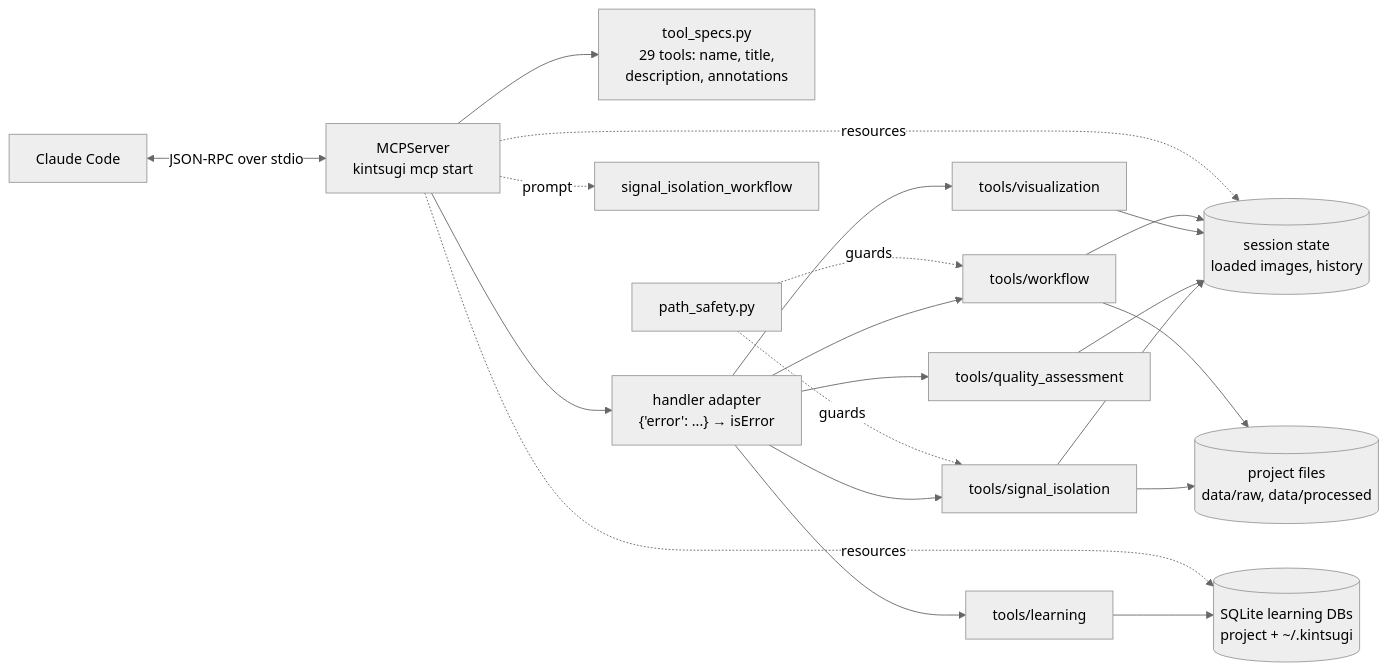
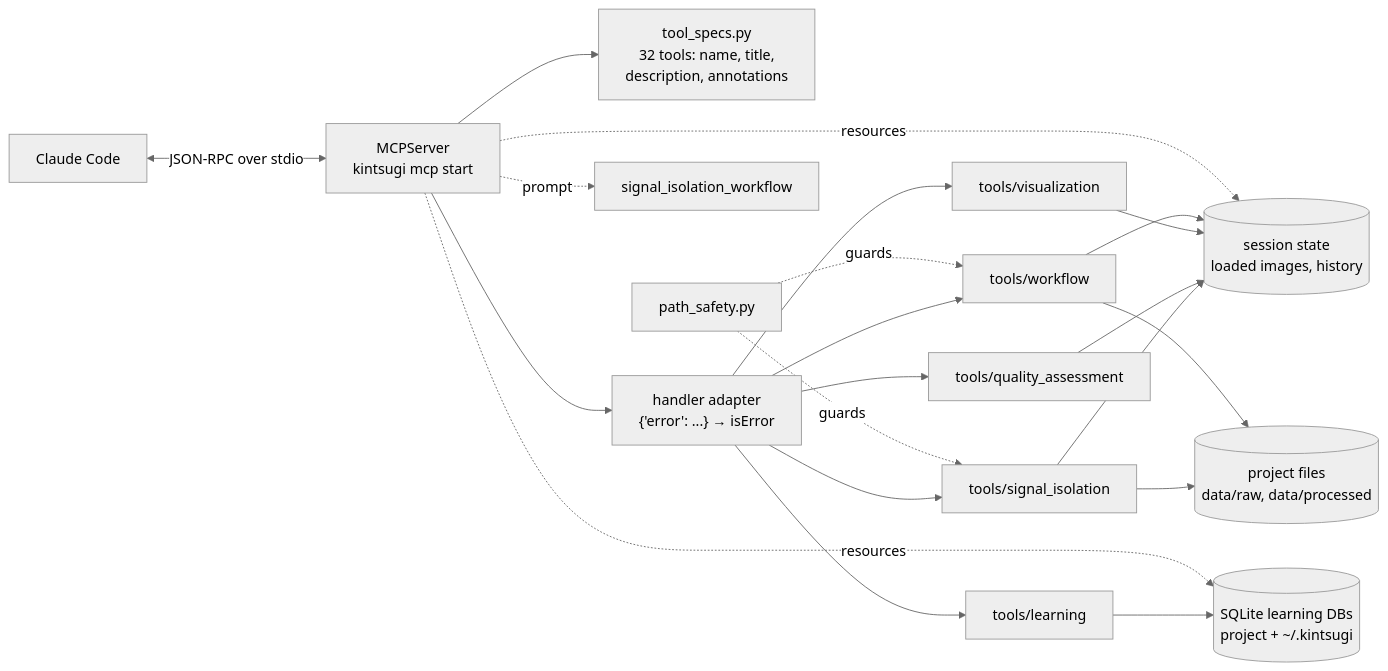
The diagram in docs/mcp.md (smith6jt-cop/KINTSUGI), drawn with Mermaid (neutral theme) before and after one commit. The commit also changed other lines of this file and 17 other files, not shown here.

````diff
--- a/docs/mcp.md
+++ b/docs/mcp.md
@@ -94,18 +94,18 @@
 ```mermaid
 flowchart LR
     CC[Claude Code] <-- "JSON-RPC over stdio" --> S[MCPServer<br/>kintsugi mcp start]
-    S --> R[tool_specs.py<br/>29 tools: name, title,<br/>description, annotations]
+    S --> R[tool_specs.py<br/>32 tools: name, title,<br/>description, annotations]
     S --> ADP["handler adapter<br/>{'error': ...} → isError"]
     ADP --> T1[tools/signal_isolation]
     ADP --> T2[tools/quality_assessment]
     ADP --> T3[tools/visualization]
     ADP --> T4[tools/workflow]
     ADP --> T5[tools/learning]
     T1 & T2 & T3 & T4 --> SS[(session state<br/>loaded images, history)]
     T5 --> DB[(SQLite learning DBs<br/>project + ~/.kintsugi)]
     T1 & T4 --> FS[(project files<br/>data/raw, data/processed)]
     S -. resources .-> SS
     S -. resources .-> DB
     S -. prompt .-> P[signal_isolation_workflow]
     PS[path_safety.py] -.guards.-> T1 & T4
 ```
````
